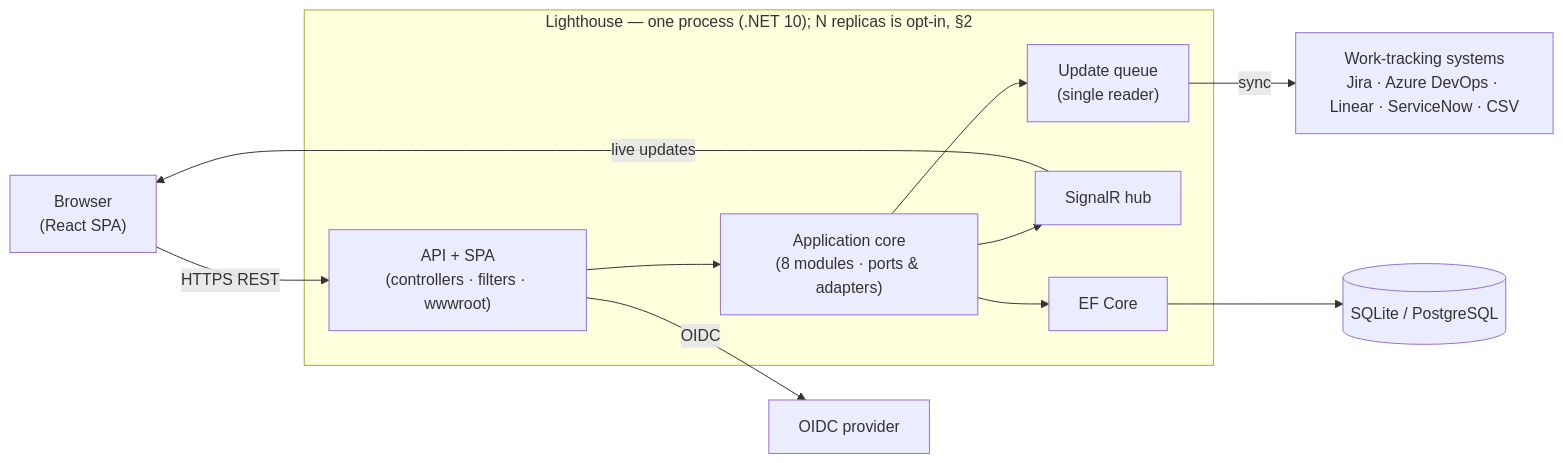
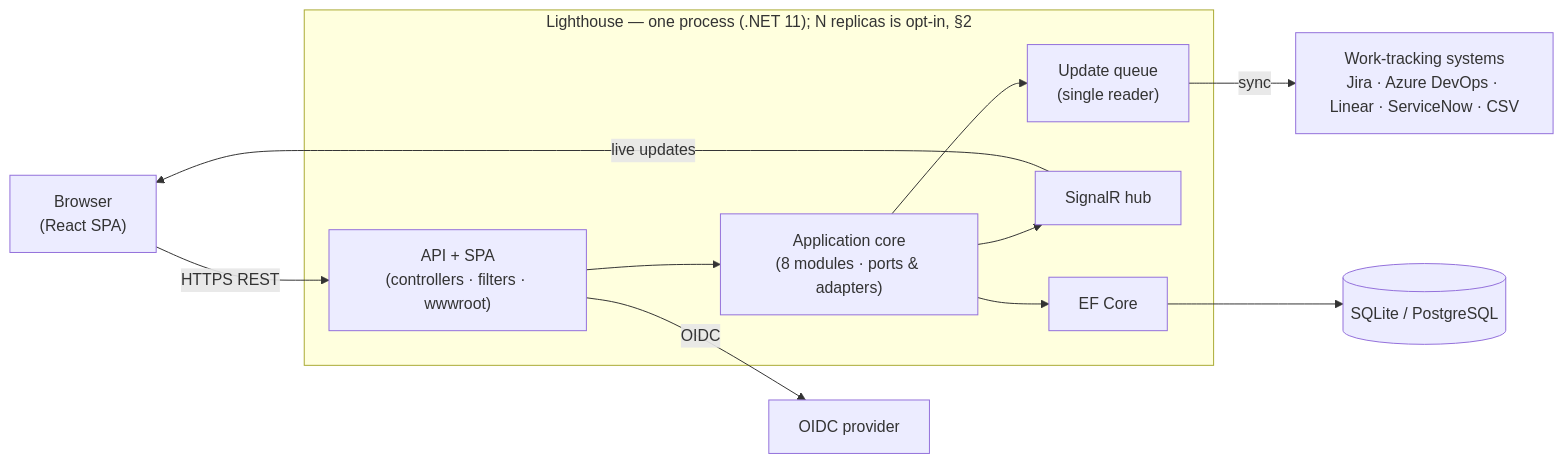
The first of 4 diagrams in ARCHITECTURE.md (LetPeopleWork/Lighthouse), drawn with Mermaid before and after one commit. The commit also changed other lines of this file and 7 other files, not shown here.

````diff
--- a/ARCHITECTURE.md
+++ b/ARCHITECTURE.md
@@ -21,23 +21,23 @@
 ```mermaid
 graph LR
   Browser["Browser<br/>(React SPA)"]
   WTS["Work-tracking systems<br/>Jira · Azure DevOps · Linear · ServiceNow · CSV"]
   IdP["OIDC provider"]
   DB[("SQLite / PostgreSQL")]
-  subgraph Proc["Lighthouse — one process (.NET 10); N replicas is opt-in, §2"]
+  subgraph Proc["Lighthouse — one process (.NET 11); N replicas is opt-in, §2"]
     API["API + SPA<br/>(controllers · filters · wwwroot)"]
     Core["Application core<br/>(8 modules · ports & adapters)"]
     Queue["Update queue<br/>(single reader)"]
     Hub["SignalR hub"]
     EF["EF Core"]
     API --> Core
     Core --> Queue
     Core --> Hub
     Core --> EF
   end
   Browser -->|HTTPS REST| API
   Hub -->|live updates| Browser
   API -->|OIDC| IdP
   Queue -->|sync| WTS
   EF --> DB
 ```
````
